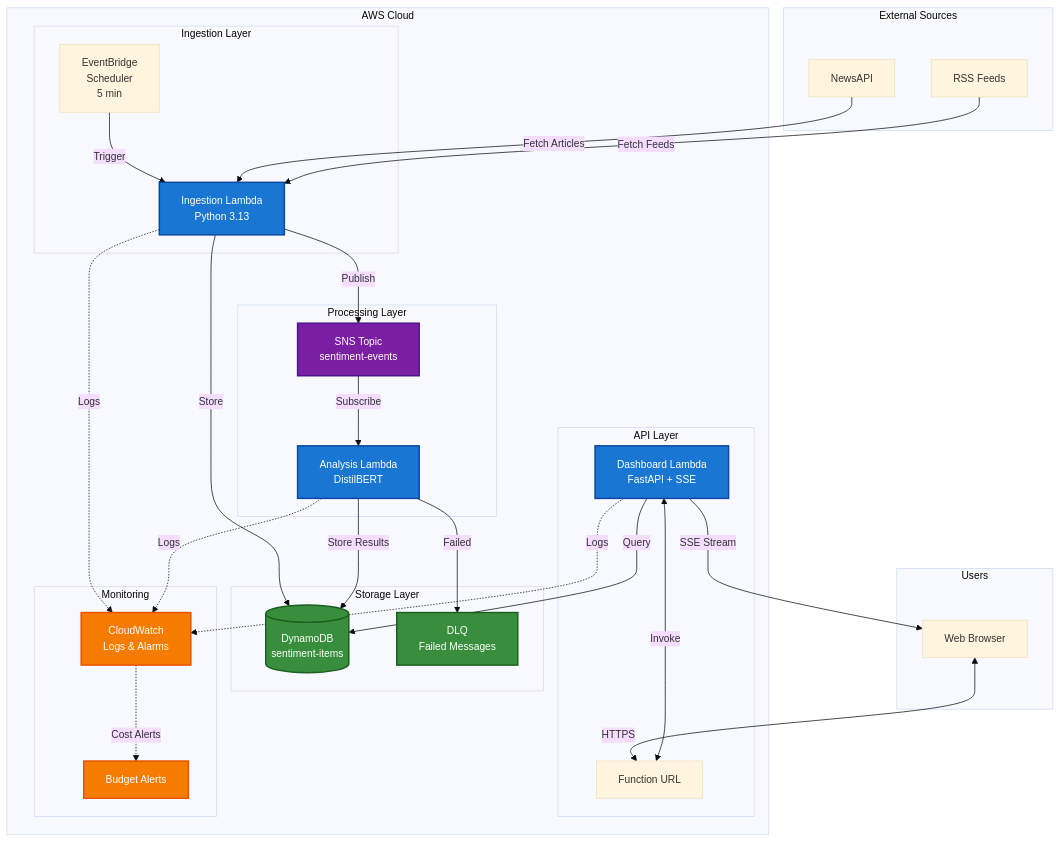
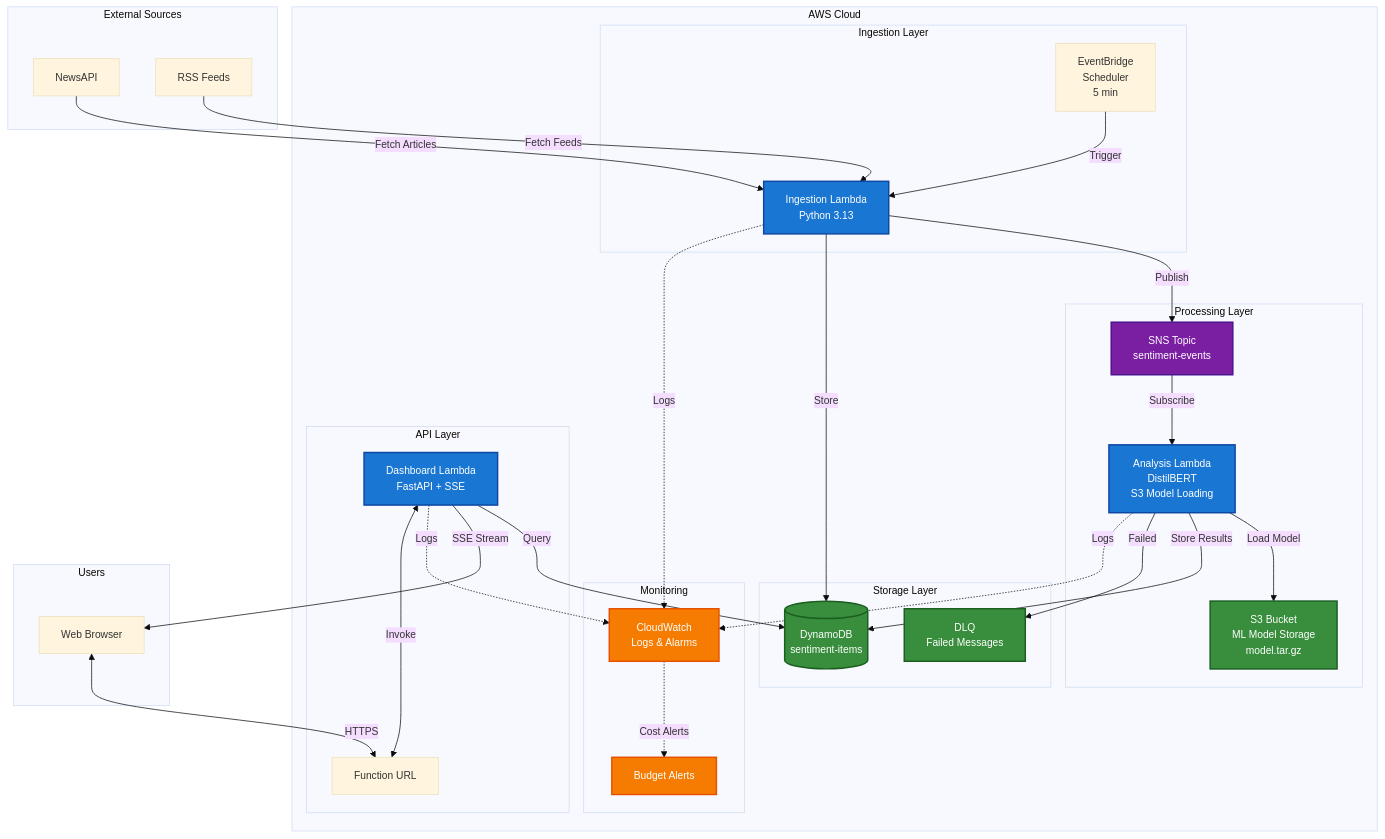
Before and after one commit to traylorre/sentiment-analyzer-gsk: the second of 4 diagrams in README.md, drawn with Mermaid. The commit also changed other lines of this file and 2 other files, not shown here.

Commit message:
docs: Update architecture diagrams for S3 model loading and add operational flows
Updated Mermaid diagrams across documentation to reflect current architecture:

**README.md:**
- High-Level System Architecture: Added S3 Model Storage and lazy loading
- Data Flow Sequence: Shows S3 model loading step in analysis pipeline

**docs/OPERATIONAL_FLOWS.md (NEW):**
- Comprehensive operational documentation with 9 new Mermaid diagrams
- Normal operation flow with S3 lazy loading pattern
- Complete CI/CD deployment flow
- Incident response decision trees
- Troubleshooting flows for Lambda, DynamoDB, S3, and Dashboard issues
- Monitoring architecture and recovery procedures
- Quick reference commands for operators and on-call engineers

**docs/TERRAFORM_DEPLOYMENT_FLOW.md:**
- Resource Creation Order: Updated Phase 1 to show dual S3 purpose
  (Lambda deployments + ML model storage)
- Added DynamoDB to foundational resources

These diagrams support operators, on-call engineers, and contributors with
visual guides for understanding system behavior, diagnosing issues, and
responding to incidents.

🤖 Generated with [Claude Code](https://claude.com/claude-code)

````diff
--- a/README.md
+++ b/README.md
@@ -164,71 +164,73 @@
 ```mermaid
 %%{init: {'theme':'base', 'themeVariables': {'fontSize':'14px'}}}%%
 graph TB
     subgraph "External Sources"
         NewsAPI[NewsAPI]
         RSS[RSS Feeds]
     end
 
     subgraph "AWS Cloud"
         subgraph "Ingestion Layer"
             EB[EventBridge<br/>Scheduler<br/>5 min]
             Ingestion[Ingestion Lambda<br/>Python 3.13]
         end
 
         subgraph "Processing Layer"
             SNS[SNS Topic<br/>sentiment-events]
-            Analysis[Analysis Lambda<br/>DistilBERT]
+            Analysis[Analysis Lambda<br/>DistilBERT<br/>S3 Model Loading]
+            S3Model[S3 Bucket<br/>ML Model Storage<br/>model.tar.gz]
         end
 
         subgraph "API Layer"
             Dashboard[Dashboard Lambda<br/>FastAPI + SSE]
             FnURL[Function URL]
         end
 
         subgraph "Storage Layer"
             DDB[(DynamoDB<br/>sentiment-items)]
             DLQ[DLQ<br/>Failed Messages]
         end
 
         subgraph "Monitoring"
             CW[CloudWatch<br/>Logs & Alarms]
             Budget[Budget Alerts]
         end
     end
 
     subgraph "Users"
         Browser[Web Browser]
     end
 
     EB -->|Trigger| Ingestion
     NewsAPI -->|Fetch Articles| Ingestion
     RSS -->|Fetch Feeds| Ingestion
 
     Ingestion -->|Publish| SNS
     Ingestion -->|Store| DDB
 
     SNS -->|Subscribe| Analysis
+    Analysis -->|Load Model| S3Model
     Analysis -->|Store Results| DDB
     Analysis -->|Failed| DLQ
 
     Browser <-->|HTTPS| FnURL
     FnURL <-->|Invoke| Dashboard
     Dashboard -->|Query| DDB
     Dashboard -->|SSE Stream| Browser
 
     Ingestion -.->|Logs| CW
     Analysis -.->|Logs| CW
     Dashboard -.->|Logs| CW
 
     CW -.->|Cost Alerts| Budget
 
     classDef lambdaStyle fill:#1976d2,stroke:#0d47a1,stroke-width:2px,color:#fff
     classDef storageStyle fill:#388e3c,stroke:#1b5e20,stroke-width:2px,color:#fff
     classDef messagingStyle fill:#7b1fa2,stroke:#4a148c,stroke-width:2px,color:#fff
     classDef monitoringStyle fill:#f57c00,stroke:#e65100,stroke-width:2px,color:#fff
 
     class Ingestion,Analysis,Dashboard lambdaStyle
-    class DDB,DLQ storageStyle
+    class DDB,DLQ,S3Model storageStyle
     class SNS messagingStyle
     class CW,Budget monitoringStyle
 ```
````
